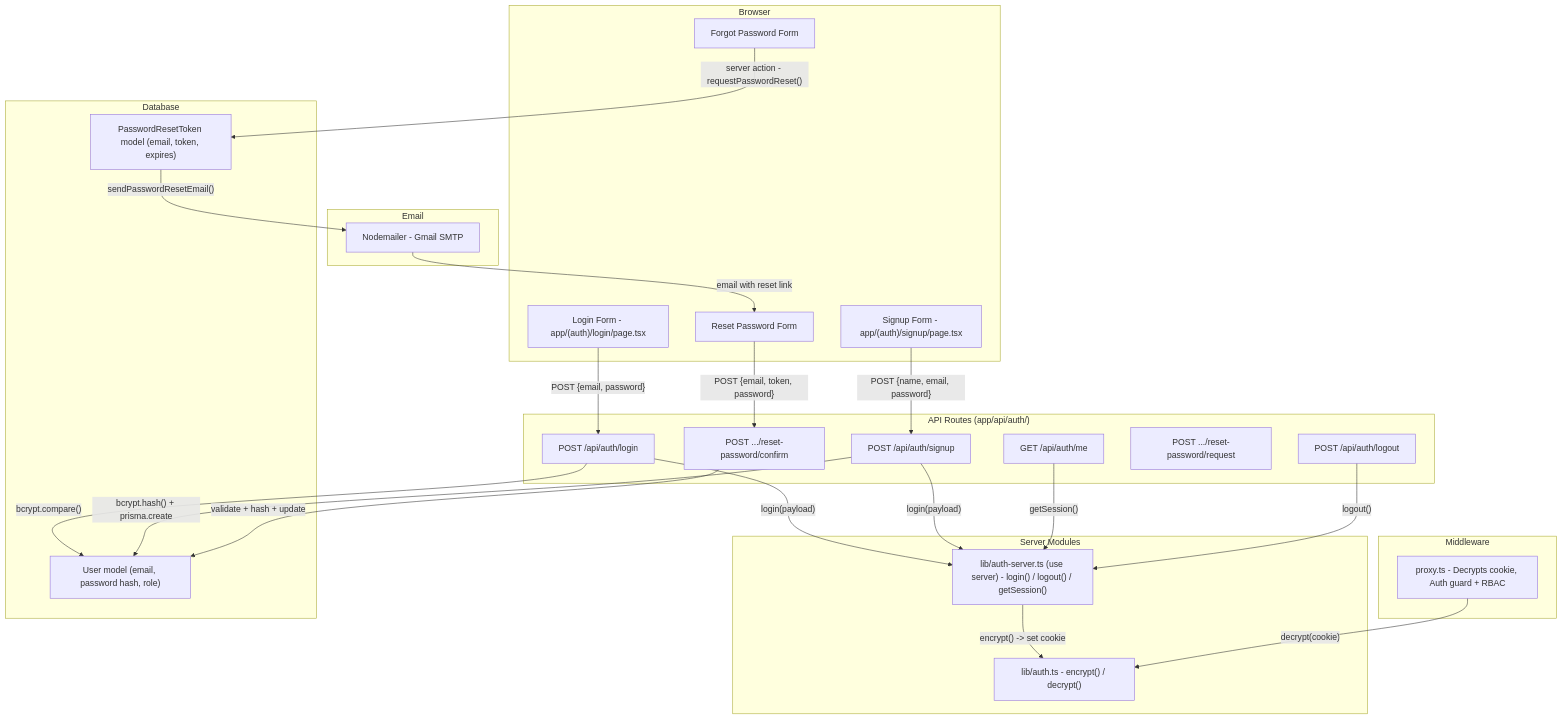
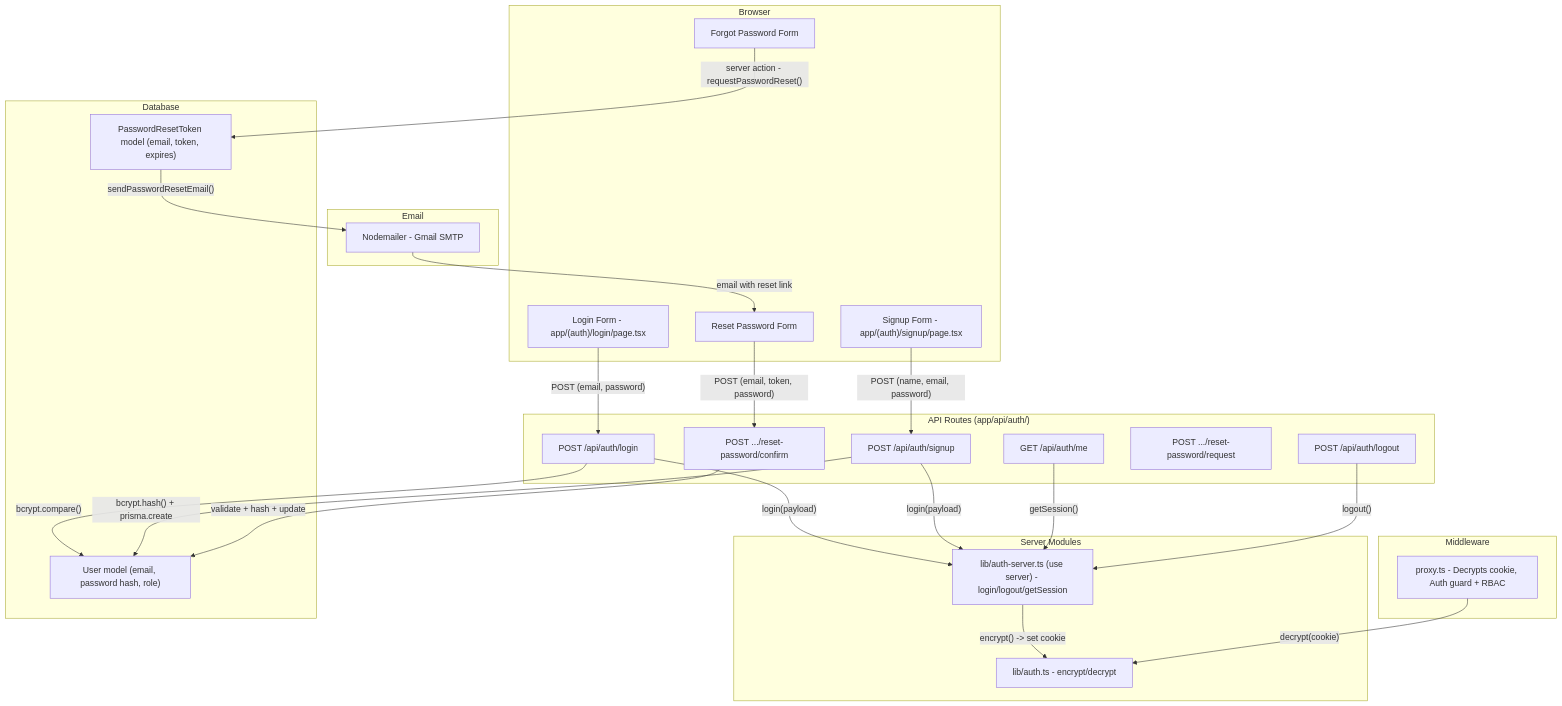
One commit to asefahmed500/Smart-Task-App_IIT_DU_Final_Project changed the first of 7 diagrams in docs/02-authentication.md. Above: the diagram before and after it, drawn with Mermaid. The commit also changed other lines of this file and 9 other files, not shown here.

Commit message:
fix: update AGENTS.md with Vercel deployment notes and additional mermaid cleanups

````diff
--- a/docs/02-authentication.md
+++ b/docs/02-authentication.md
@@ -31,54 +31,54 @@
 ```mermaid
 graph TB
     subgraph "Browser"
         LOGIN_FORM["Login Form - app/(auth)/login/page.tsx"]
         SIGNUP_FORM["Signup Form - app/(auth)/signup/page.tsx"]
         FORGOT_FORM["Forgot Password Form"]
         RESET_FORM["Reset Password Form"]
     end
 
     subgraph "API Routes (app/api/auth/)"
         LOGIN_ROUTE["POST /api/auth/login"]
         SIGNUP_ROUTE["POST /api/auth/signup"]
         LOGOUT_ROUTE["POST /api/auth/logout"]
         ME_ROUTE["GET /api/auth/me"]
         REQUEST_ROUTE["POST .../reset-password/request"]
         CONFIRM_ROUTE["POST .../reset-password/confirm"]
     end
 
     subgraph "Server Modules"
-        AUTH_LIB["lib/auth.ts - encrypt() / decrypt()"]
-        AUTH_SERVER["lib/auth-server.ts (use server) - login() / logout() / getSession()"]
+        AUTH_LIB["lib/auth.ts - encrypt/decrypt"]
+        AUTH_SERVER["lib/auth-server.ts (use server) - login/logout/getSession"]
     end
 
     subgraph "Middleware"
         PROXY["proxy.ts - Decrypts cookie, Auth guard + RBAC"]
     end
 
     subgraph "Database"
         USER_TABLE["User model (email, password hash, role)"]
         TOKEN_TABLE["PasswordResetToken model (email, token, expires)"]
     end
 
     subgraph "Email"
         MAILER["Nodemailer - Gmail SMTP"]
     end
 
-    LOGIN_FORM -->|"POST {email, password}"| LOGIN_ROUTE
-    SIGNUP_FORM -->|"POST {name, email, password}"| SIGNUP_ROUTE
+    LOGIN_FORM -->|"POST (email, password)"| LOGIN_ROUTE
+    SIGNUP_FORM -->|"POST (name, email, password)"| SIGNUP_ROUTE
     LOGIN_ROUTE -->|"bcrypt.compare()"| USER_TABLE
     LOGIN_ROUTE -->|"login(payload)"| AUTH_SERVER
     AUTH_SERVER -->|"encrypt() -> set cookie"| AUTH_LIB
     SIGNUP_ROUTE -->|"bcrypt.hash() + prisma.create"| USER_TABLE
     SIGNUP_ROUTE -->|"login(payload)"| AUTH_SERVER
 
     FORGOT_FORM -->|"server action - requestPasswordReset()"| TOKEN_TABLE
     TOKEN_TABLE -->|"sendPasswordResetEmail()"| MAILER
     MAILER -->|"email with reset link"| RESET_FORM
-    RESET_FORM -->|"POST {email, token, password}"| CONFIRM_ROUTE
+    RESET_FORM -->|"POST (email, token, password)"| CONFIRM_ROUTE
     CONFIRM_ROUTE -->|"validate + hash + update"| USER_TABLE
 
     PROXY -->|"decrypt(cookie)"| AUTH_LIB
     ME_ROUTE -->|"getSession()"| AUTH_SERVER
     LOGOUT_ROUTE -->|"logout()"| AUTH_SERVER
 ```
````
